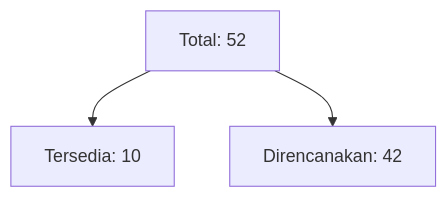
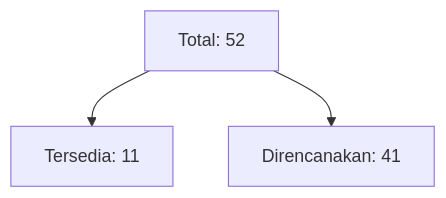
Before and after one commit to petrushandika/Bioinformatics: the third of 4 diagrams in README.md, drawn with Mermaid. The commit also changed other lines of this file and 8 other files, not shown here.

````diff
--- a/README.md
+++ b/README.md
@@ -174,5 +174,5 @@
 ```mermaid
 flowchart TD
-    Total["Total: 52"] --> Selesai["Tersedia: 10"]
-    Total --> Pending["Direncanakan: 42"]
+    Total["Total: 52"] --> Selesai["Tersedia: 11"]
+    Total --> Pending["Direncanakan: 41"]
 ```
````
